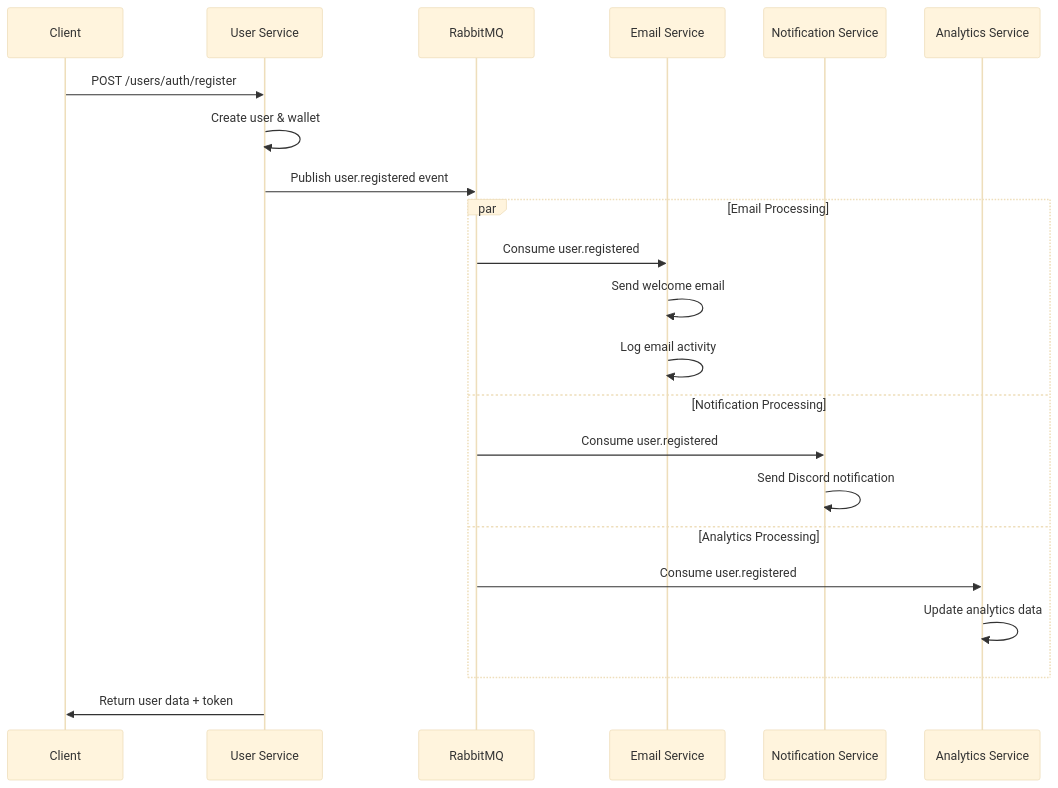
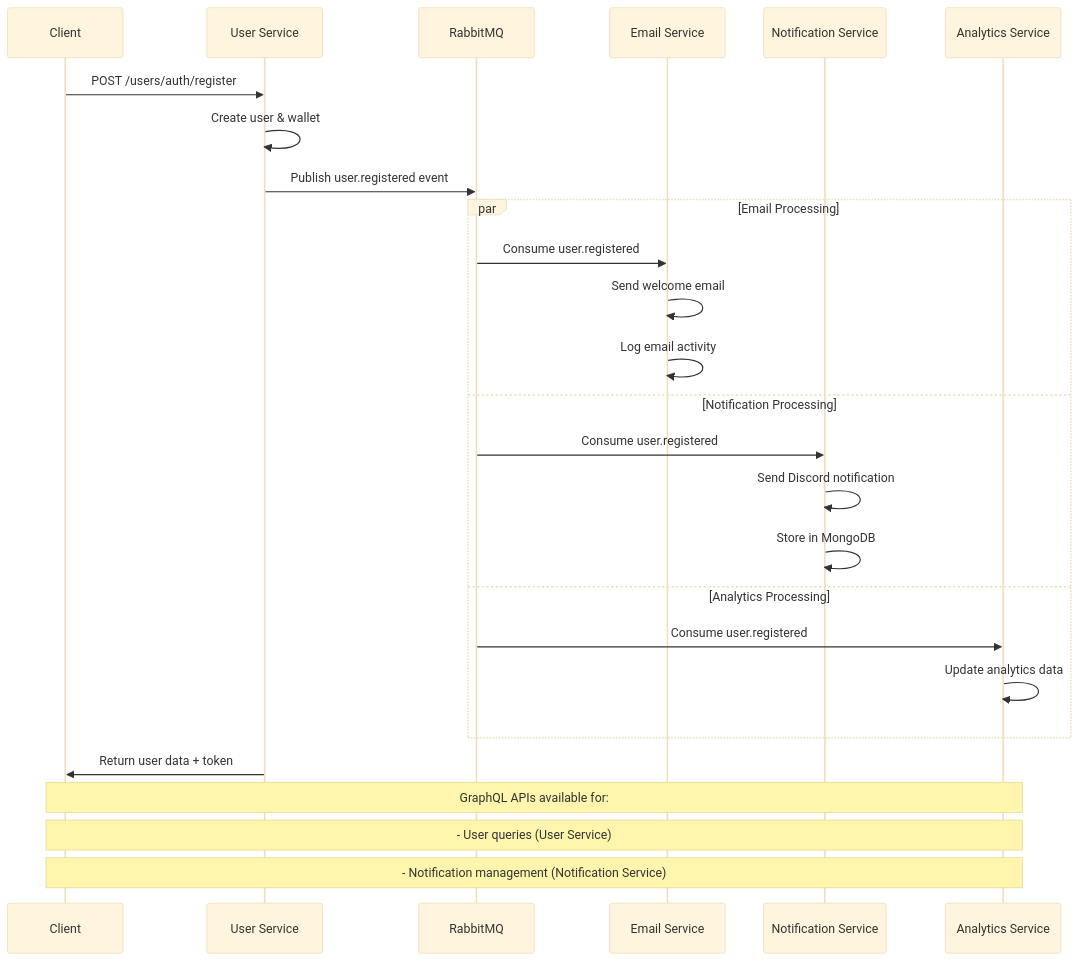
The second of 2 diagrams in README.md (tonymans33/microservices-rabbitmq), drawn with Mermaid (base theme) before and after one commit. The commit also changed other lines of this file and 3680 other files, not shown here.

Commit message:
adding graphql

````diff
--- a/README.md
+++ b/README.md
@@ -330,27 +655,32 @@
 ```mermaid
 sequenceDiagram
     participant C as Client
     participant US as User Service
     participant RMQ as RabbitMQ
     participant ES as Email Service
     participant NS as Notification Service
     participant AS as Analytics Service
     
     C->>US: POST /users/auth/register
     US->>US: Create user & wallet
     US->>RMQ: Publish user.registered event
     
     par Email Processing
         RMQ->>ES: Consume user.registered
         ES->>ES: Send welcome email
         ES->>ES: Log email activity
     and Notification Processing
         RMQ->>NS: Consume user.registered
         NS->>NS: Send Discord notification
+        NS->>NS: Store in MongoDB
     and Analytics Processing
         RMQ->>AS: Consume user.registered
         AS->>AS: Update analytics data
     end
     
     US->>C: Return user data + token
+    
+    Note over C,AS: GraphQL APIs available for:
+    Note over C,AS: - User queries (User Service)
+    Note over C,AS: - Notification management (Notification Service)
 ```
````
